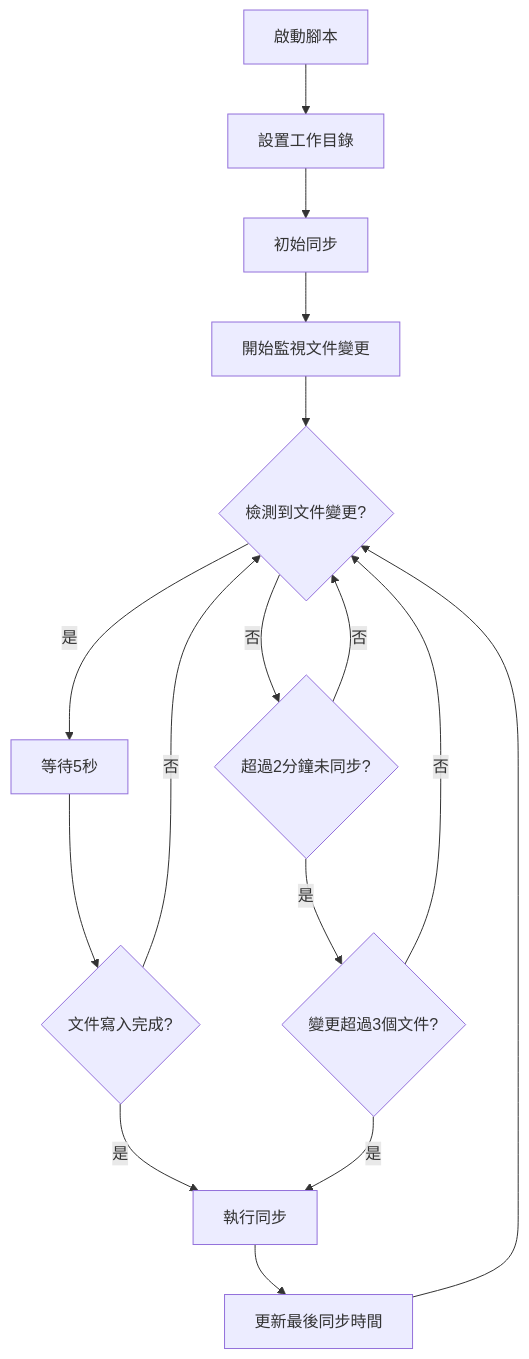
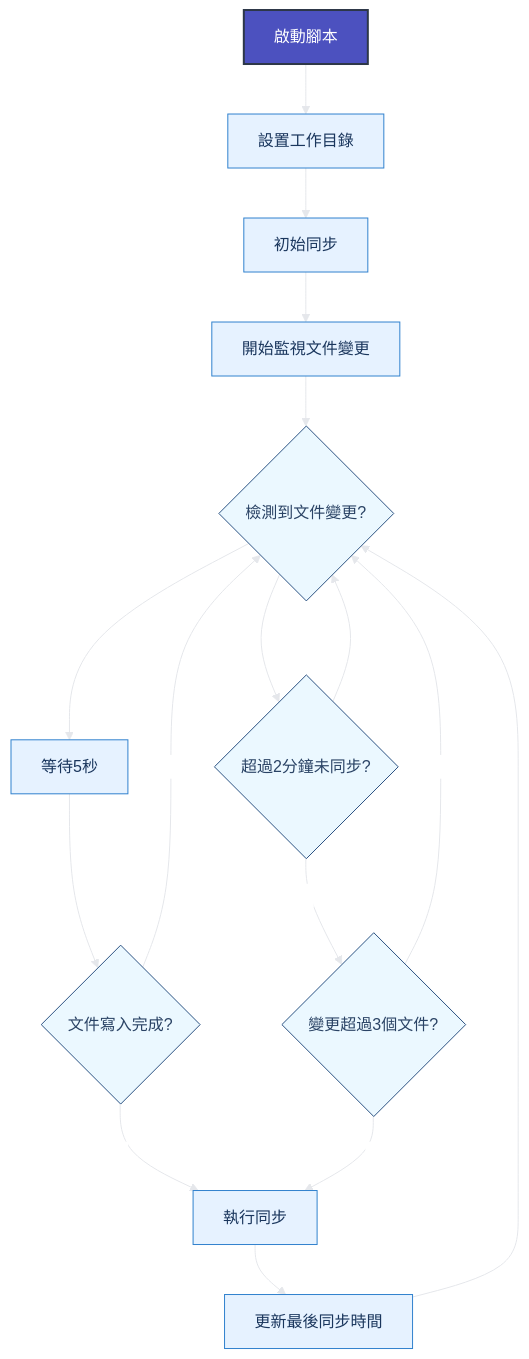
The second of 2 diagrams in Logseq同步方案演進記錄.md (GengGeng026/Sync-Logseq), drawn with Mermaid before and after one commit.

Commit message:
Auto-sync: Wed Mar 26 07:56:21 +08 2025

````diff
--- a/Logseq同步方案演進記錄.md
+++ b/Logseq同步方案演進記錄.md
@@ -330,18 +330,52 @@
 ```mermaid
+%%{init: {
+  'theme': 'base', 
+  'themeVariables': {
+    'primaryColor': '#4c51bf',
+    'primaryTextColor': '#ffffff',
+    'primaryBorderColor': '#4c51bf',
+    'lineColor': '#e5e7eb',
+    'secondaryColor': '#7f9cf5',
+    'tertiaryColor': '#d3f8b6',
+    'background': '#f8fafc',
+    'textColor': '#333333',
+    'nodeBorder': '#2d3748',
+    'mainBkg': '#ffffff',
+    'clusterBkg': '#f0f4f8',
+    'edgeLabelBackground': '#ffffff'
+  },
+  'flowchart': {
+    'curve': 'basis',
+    'nodeSpacing': 50,
+    'rankSpacing': 50,
+    'padding': 15
+  }
+}}%%
 flowchart TD
+    %% 節點樣式優化
+    classDef start fill:#4c51bf,stroke:#2d3748,color:#ffffff,stroke-width:2px;
+    classDef process fill:#e6f2ff,stroke:#3182ce,color:#1a365d,stroke-width:1px;
+    classDef condition fill:#ebf8ff,stroke:#2c5282,color:#2a4365,stroke-width:1px,shape:diamond;
+    classDef action fill:#e6fffa,stroke:#2c7a7b,color:#234e52,stroke-width:1px;
+    
     A[啟動腳本] --> B[設置工作目錄]
     B --> C[初始同步]
     C --> D[開始監視文件變更]
     D --> E{檢測到文件變更?}
     E -->|是| F[等待5秒]
     F --> G{文件寫入完成?}
     G -->|是| H[執行同步]
     G -->|否| E
     E -->|否| I{超過2分鐘未同步?}
     I -->|是| J{變更超過3個文件?}
     J -->|是| H
     J -->|否| E
     I -->|否| E
     H --> K[更新最後同步時間]
     K --> E
+    
+    %% 應用樣式
+    class A start;
+    class B,C,D,F,H,K process;
+    class E,G,I,J condition;
 ```
````
